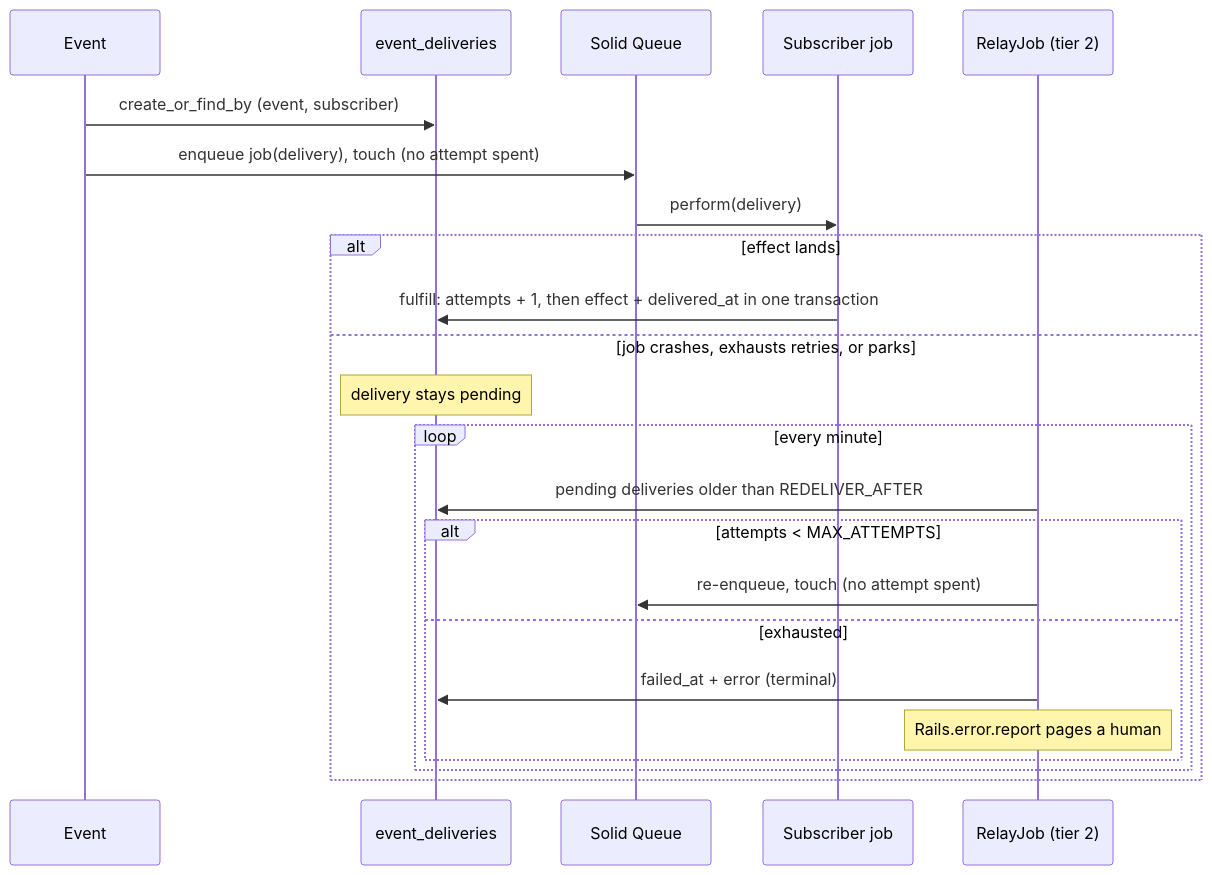
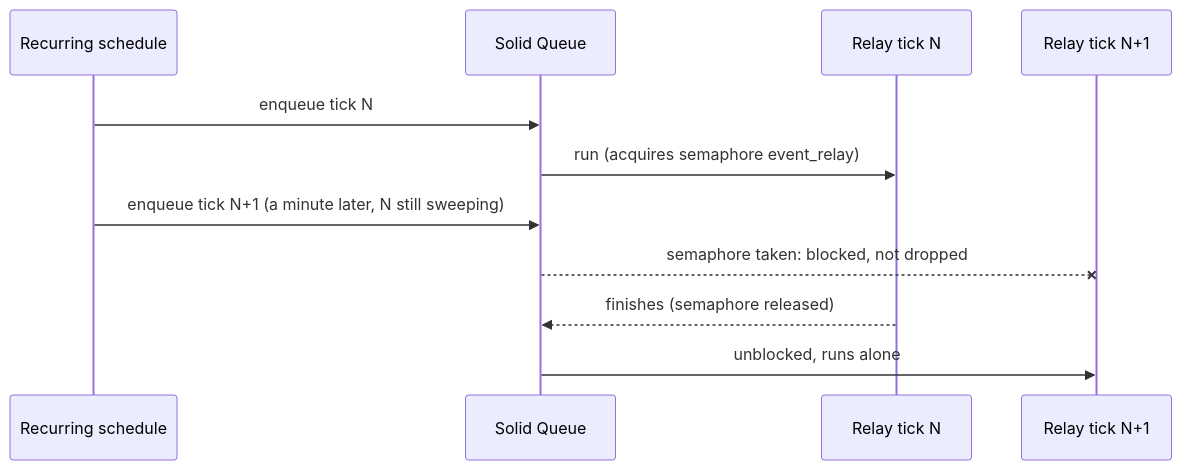
Before and after one commit to wcalderipe/rails-vanilla-domain-events: the diagram in README.md, drawn with Mermaid. The commit also changed other lines of this file and 4 other files, not shown here.

Commit message:
feat: guard the relay: semaphore, poison isolation, liveness

````diff
--- a/README.md
+++ b/README.md
@@ -86,27 +58,14 @@
 ```mermaid
 sequenceDiagram
-  participant E as Event#dispatch
-  participant D as event_deliveries
+  participant S as Recurring schedule
   participant Q as Solid Queue
-  participant J as Subscriber job
-  participant R as RelayJob (tier 2)
+  participant R1 as Relay tick N
+  participant R2 as Relay tick N+1
 
-  E->>D: create_or_find_by (event, subscriber)
-  E->>Q: enqueue job(delivery), touch (no attempt spent)
-  Q->>J: perform(delivery)
-
-  alt effect lands
-    J->>D: fulfill: attempts + 1, then effect + delivered_at in one transaction
-  else job crashes, exhausts retries, or parks
-    note over D: delivery stays pending
-    loop every minute
-      R->>D: pending deliveries older than REDELIVER_AFTER
-      alt attempts < MAX_ATTEMPTS
-        R->>Q: re-enqueue, touch (no attempt spent)
-      else exhausted
-        R->>D: failed_at + error (terminal)
-        note over R: Rails.error.report pages a human
-      end
-    end
-  end
+  S->>Q: enqueue tick N
+  Q->>R1: run (acquires semaphore event_relay)
+  S->>Q: enqueue tick N+1 (a minute later, N still sweeping)
+  Q--xR2: semaphore taken: blocked, not dropped
+  R1-->>Q: finishes (semaphore released)
+  Q->>R2: unblocked, runs alone
 ```
````
